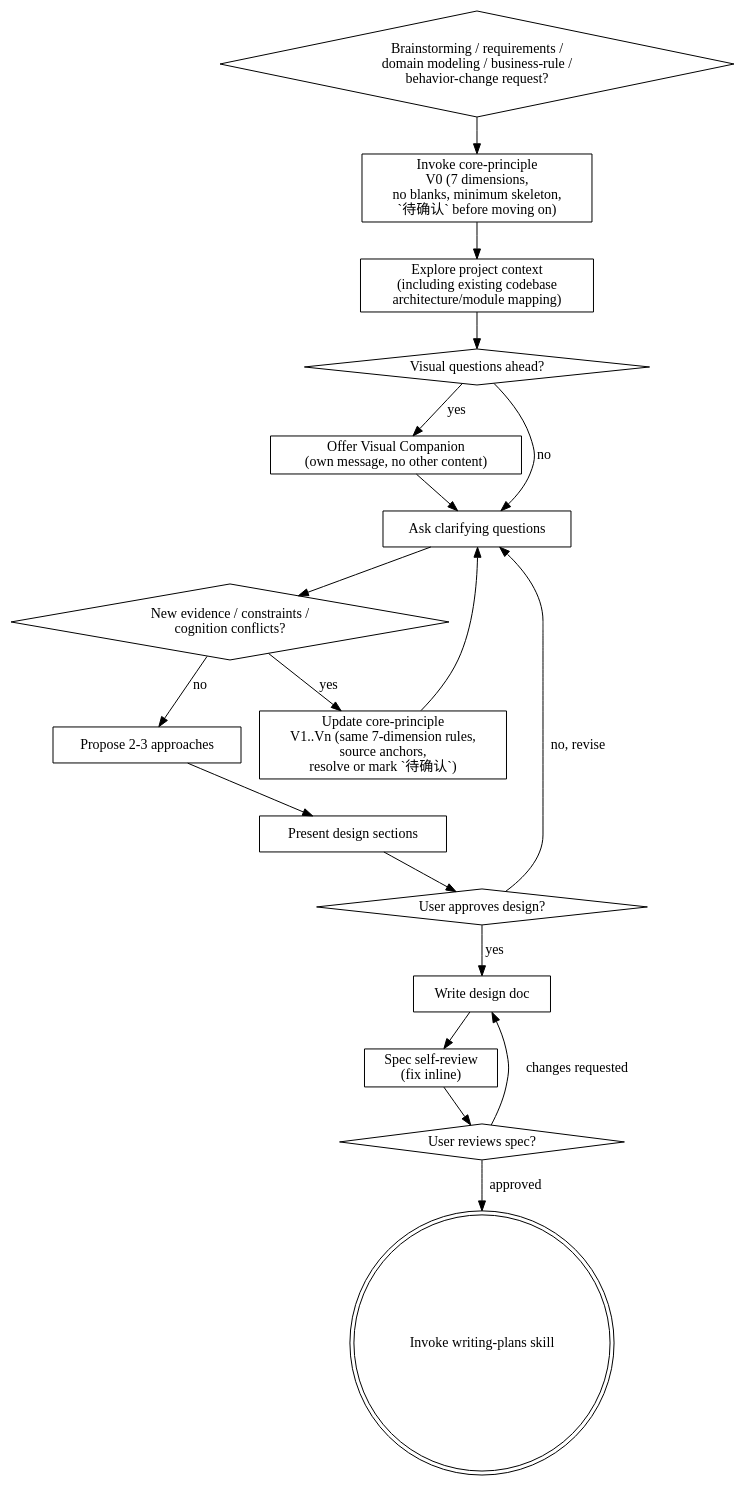
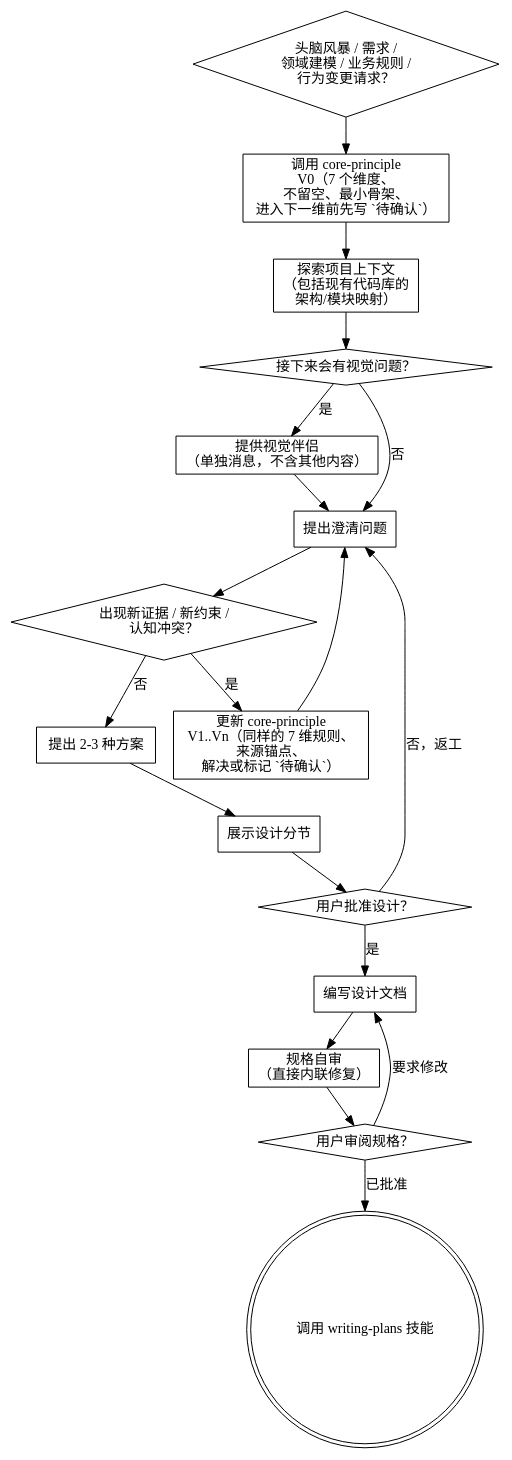
One commit to metanet4jDev/superpowers-core-principle changed the diagram in skills/brainstorming/SKILL.md. Above: the diagram before and after it, drawn with Graphviz. The commit also changed other lines of this file and 3 other files, not shown here.

Commit message:
docs: translate core principle skills to zh-CN

````diff
--- a/skills/brainstorming/SKILL.md
+++ b/skills/brainstorming/SKILL.md
@@ -42,38 +42,38 @@
 ```dot
 digraph brainstorming {
-    "Brainstorming / requirements /\ndomain modeling / business-rule /\nbehavior-change request?" [shape=diamond];
-    "Invoke core-principle\nV0 (7 dimensions,\nno blanks, minimum skeleton,\n`待确认` before moving on)" [shape=box];
-    "Explore project context\n(including existing codebase\narchitecture/module mapping)" [shape=box];
-    "Visual questions ahead?" [shape=diamond];
-    "Offer Visual Companion\n(own message, no other content)" [shape=box];
-    "Ask clarifying questions" [shape=box];
-    "New evidence / constraints /\ncognition conflicts?" [shape=diamond];
-    "Update core-principle\nV1..Vn (same 7-dimension rules,\nsource anchors,\nresolve or mark `待确认`)" [shape=box];
-    "Propose 2-3 approaches" [shape=box];
-    "Present design sections" [shape=box];
-    "User approves design?" [shape=diamond];
-    "Write design doc" [shape=box];
-    "Spec self-review\n(fix inline)" [shape=box];
-    "User reviews spec?" [shape=diamond];
-    "Invoke writing-plans skill" [shape=doublecircle];
+    "头脑风暴 / 需求 /\n领域建模 / 业务规则 /\n行为变更请求？" [shape=diamond];
+    "调用 core-principle\nV0（7 个维度、\n不留空、最小骨架、\n进入下一维前先写 `待确认`）" [shape=box];
+    "探索项目上下文\n（包括现有代码库的\n架构/模块映射）" [shape=box];
+    "接下来会有视觉问题？" [shape=diamond];
+    "提供视觉伴侣\n（单独消息，不含其他内容）" [shape=box];
+    "提出澄清问题" [shape=box];
+    "出现新证据 / 新约束 /\n认知冲突？" [shape=diamond];
+    "更新 core-principle\nV1..Vn（同样的 7 维规则、\n来源锚点、\n解决或标记 `待确认`）" [shape=box];
+    "提出 2-3 种方案" [shape=box];
+    "展示设计分节" [shape=box];
+    "用户批准设计？" [shape=diamond];
+    "编写设计文档" [shape=box];
+    "规格自审\n（直接内联修复）" [shape=box];
+    "用户审阅规格？" [shape=diamond];
+    "调用 writing-plans 技能" [shape=doublecircle];
 
-    "Brainstorming / requirements /\ndomain modeling / business-rule /\nbehavior-change request?" -> "Invoke core-principle\nV0 (7 dimensions,\nno blanks, minimum skeleton,\n`待确认` before moving on)";
-    "Invoke core-principle\nV0 (7 dimensions,\nno blanks, minimum skeleton,\n`待确认` before moving on)" -> "Explore project context\n(including existing codebase\narchitecture/module mapping)";
-    "Explore project context\n(including existing codebase\narchitecture/module mapping)" -> "Visual questions ahead?";
-    "Visual questions ahead?" -> "Offer Visual Companion\n(own message, no other content)" [label="yes"];
-    "Visual questions ahead?" -> "Ask clarifying questions" [label="no"];
-    "Offer Visual Companion\n(own message, no other content)" -> "Ask clarifying questions";
-    "Ask clarifying questions" -> "New evidence / constraints /\ncognition conflicts?";
-    "New evidence / constraints /\ncognition conflicts?" -> "Update core-principle\nV1..Vn (same 7-dimension rules,\nsource anchors,\nresolve or mark `待确认`)" [label="yes"];
-    "Update core-principle\nV1..Vn (same 7-dimension rules,\nsource anchors,\nresolve or mark `待确认`)" -> "Ask clarifying questions";
-    "New evidence / constraints /\ncognition conflicts?" -> "Propose 2-3 approaches" [label="no"];
-    "Propose 2-3 approaches" -> "Present design sections";
-    "Present design sections" -> "User approves design?";
-    "User approves design?" -> "Ask clarifying questions" [label="no, revise"];
-    "User approves design?" -> "Write design doc" [label="yes"];
-    "Write design doc" -> "Spec self-review\n(fix inline)";
-    "Spec self-review\n(fix inline)" -> "User reviews spec?";
-    "User reviews spec?" -> "Write design doc" [label="changes requested"];
-    "User reviews spec?" -> "Invoke writing-plans skill" [label="approved"];
+    "头脑风暴 / 需求 /\n领域建模 / 业务规则 /\n行为变更请求？" -> "调用 core-principle\nV0（7 个维度、\n不留空、最小骨架、\n进入下一维前先写 `待确认`）";
+    "调用 core-principle\nV0（7 个维度、\n不留空、最小骨架、\n进入下一维前先写 `待确认`）" -> "探索项目上下文\n（包括现有代码库的\n架构/模块映射）";
+    "探索项目上下文\n（包括现有代码库的\n架构/模块映射）" -> "接下来会有视觉问题？";
+    "接下来会有视觉问题？" -> "提供视觉伴侣\n（单独消息，不含其他内容）" [label="是"];
+    "接下来会有视觉问题？" -> "提出澄清问题" [label="否"];
+    "提供视觉伴侣\n（单独消息，不含其他内容）" -> "提出澄清问题";
+    "提出澄清问题" -> "出现新证据 / 新约束 /\n认知冲突？";
+    "出现新证据 / 新约束 /\n认知冲突？" -> "更新 core-principle\nV1..Vn（同样的 7 维规则、\n来源锚点、\n解决或标记 `待确认`）" [label="是"];
+    "更新 core-principle\nV1..Vn（同样的 7 维规则、\n来源锚点、\n解决或标记 `待确认`）" -> "提出澄清问题";
+    "出现新证据 / 新约束 /\n认知冲突？" -> "提出 2-3 种方案" [label="否"];
+    "提出 2-3 种方案" -> "展示设计分节";
+    "展示设计分节" -> "用户批准设计？";
+    "用户批准设计？" -> "提出澄清问题" [label="否，返工"];
+    "用户批准设计？" -> "编写设计文档" [label="是"];
+    "编写设计文档" -> "规格自审\n（直接内联修复）";
+    "规格自审\n（直接内联修复）" -> "用户审阅规格？";
+    "用户审阅规格？" -> "编写设计文档" [label="要求修改"];
+    "用户审阅规格？" -> "调用 writing-plans 技能" [label="已批准"];
 }
 ```
````
